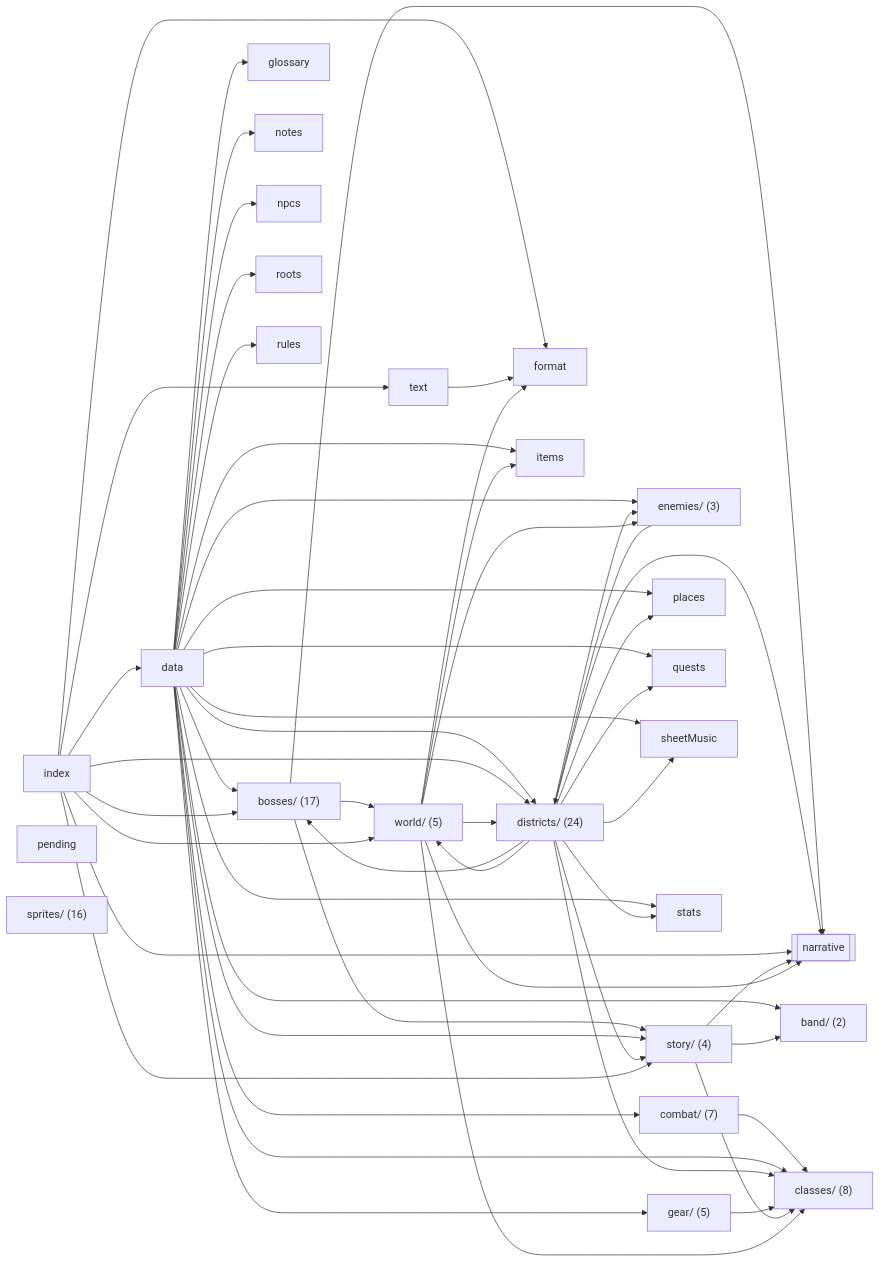
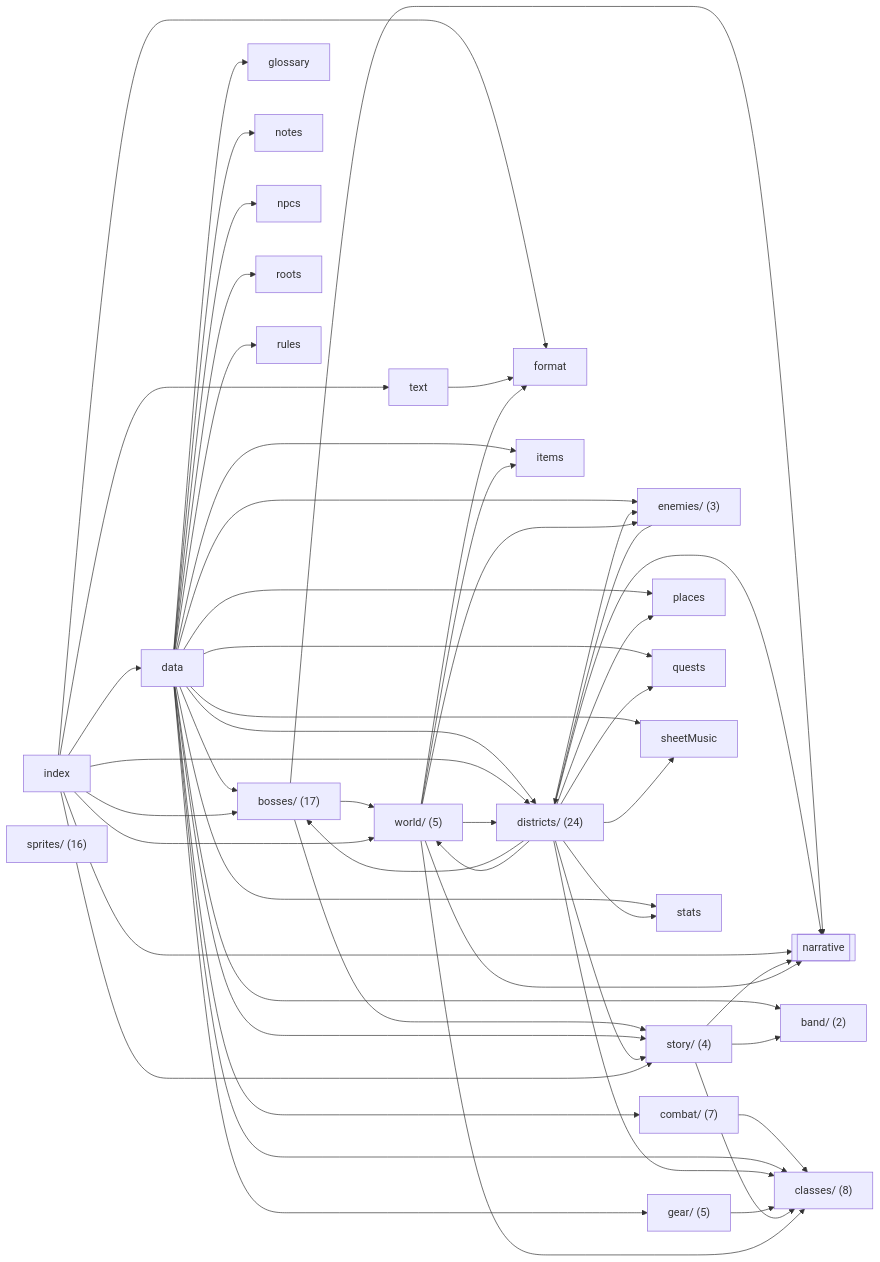
The diagram in docs/reference/code-map/content.md (OrangeB0lt/Cyber-funk), drawn with Mermaid before and after one commit. The commit also changed other lines of this file and 21 other files, not shown here.

````diff
--- a/docs/reference/code-map/content.md
+++ b/docs/reference/code-map/content.md
@@ -11,81 +11,80 @@
 ```mermaid
 flowchart LR
   n_band_["band/ (2)"]
   n_bosses_["bosses/ (17)"]
   n_classes_["classes/ (8)"]
   n_combat_["combat/ (7)"]
   n_data["data"]
   n_districts_["districts/ (24)"]
   n_enemies_["enemies/ (3)"]
   n_format["format"]
   n_gear_["gear/ (5)"]
   n_glossary["glossary"]
   n_index["index"]
   n_items["items"]
   n_notes["notes"]
   n_npcs["npcs"]
-  n_pending["pending"]
   n_places["places"]
   n_quests["quests"]
   n_roots["roots"]
   n_rules["rules"]
   n_sheetMusic["sheetMusic"]
   n_sprites_["sprites/ (16)"]
   n_stats["stats"]
   n_story_["story/ (4)"]
   n_text["text"]
   n_world_["world/ (5)"]
   n_ext_narrative[["narrative"]]
   n_bosses_ --> n_ext_narrative
   n_bosses_ --> n_story_
   n_bosses_ --> n_world_
   n_combat_ --> n_classes_
   n_data --> n_band_
   n_data --> n_bosses_
   n_data --> n_classes_
   n_data --> n_combat_
   n_data --> n_districts_
   n_data --> n_enemies_
   n_data --> n_gear_
   n_data --> n_glossary
   n_data --> n_items
   n_data --> n_notes
   n_data --> n_npcs
   n_data --> n_places
   n_data --> n_quests
   n_data --> n_roots
   n_data --> n_rules
   n_data --> n_sheetMusic
   n_data --> n_stats
   n_data --> n_story_
   n_districts_ --> n_bosses_
   n_districts_ --> n_classes_
   n_districts_ --> n_enemies_
   n_districts_ --> n_ext_narrative
   n_districts_ --> n_places
   n_districts_ --> n_quests
   n_districts_ --> n_sheetMusic
   n_districts_ --> n_stats
   n_districts_ --> n_story_
   n_districts_ --> n_world_
   n_enemies_ --> n_districts_
   n_gear_ --> n_classes_
   n_index --> n_bosses_
   n_index --> n_data
   n_index --> n_districts_
   n_index --> n_ext_narrative
   n_index --> n_format
   n_index --> n_story_
   n_index --> n_text
   n_index --> n_world_
   n_story_ --> n_band_
   n_story_ --> n_classes_
   n_story_ --> n_ext_narrative
   n_text --> n_format
   n_world_ --> n_classes_
   n_world_ --> n_districts_
   n_world_ --> n_enemies_
   n_world_ --> n_ext_narrative
   n_world_ --> n_format
   n_world_ --> n_items
 ```
````
